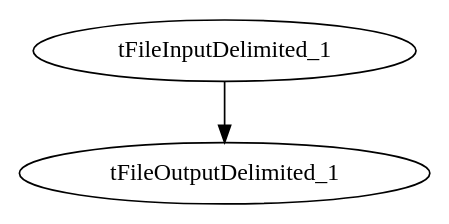
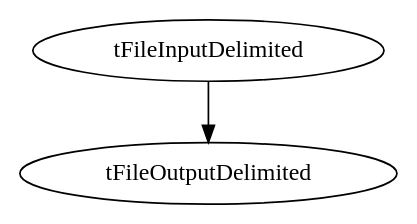
One commit to carpediemmlf/transformation_xml_transpiler changed the diagram in talDot.dot. Above: the diagram before and after it, drawn with Graphviz. The commit also changed 14 other files, not shown here.

```diff
--- a/talDot.dot
+++ b/talDot.dot
@@ -1,5 +1,5 @@
 digraph G {
-  tFileInputDelimited_1 [ label="tFileInputDelimited_1" ];
-  tFileOutputDelimited_1 [ label="tFileOutputDelimited_1" ];
+  tFileInputDelimited_1 [ label="tFileInputDelimited" ];
+  tFileOutputDelimited_1 [ label="tFileOutputDelimited" ];
   tFileInputDelimited_1 -> tFileOutputDelimited_1;
 }
```
